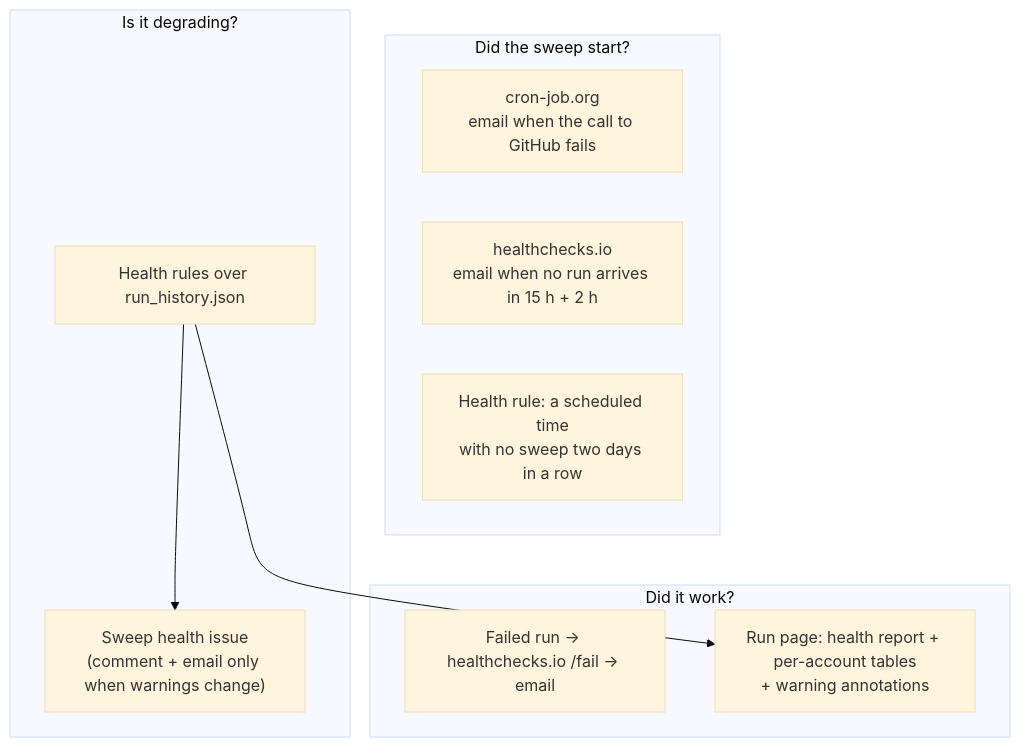
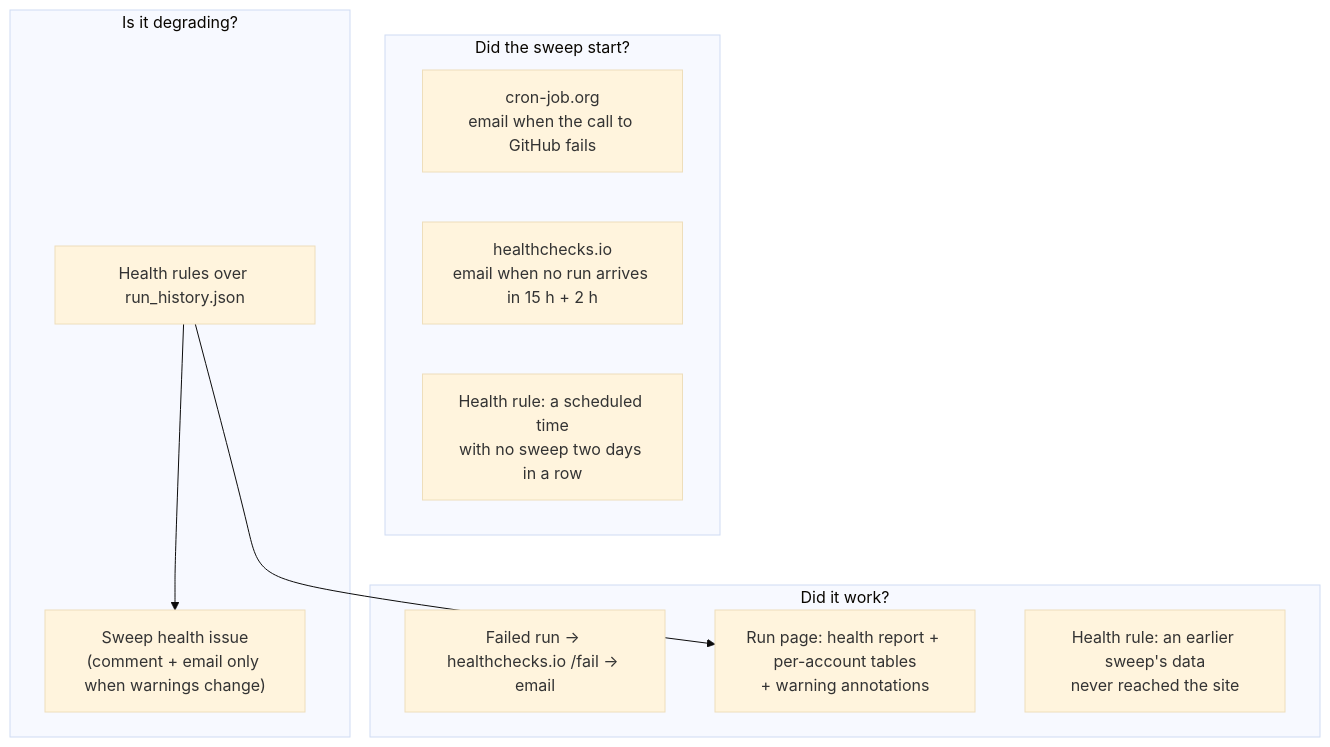
One commit to pa-bailar/backend changed the eighth of 12 diagrams in docs/ARCHITECTURE.md. Above: the diagram before and after it, drawn with Mermaid (base theme). The commit also changed other lines of this file and 14 other files, not shown here.

First line of the commit message:
feat(health): warn when a sweep's data never reached the site (#207)

````diff
--- a/docs/ARCHITECTURE.md
+++ b/docs/ARCHITECTURE.md
@@ -1276,18 +1282,19 @@
 ```mermaid
 flowchart TB
     subgraph Start["Did the sweep start?"]
         CJ["cron-job.org<br/>email when the call to GitHub fails"]
         HC["healthchecks.io<br/>email when no run arrives in 15 h + 2 h"]
         MS["Health rule: a scheduled time<br/>with no sweep two days in a row"]
     end
     subgraph Run["Did it work?"]
         FAIL["Failed run → healthchecks.io /fail → email"]
         SUM["Run page: health report + per-account tables<br/>+ warning annotations"]
+        PUB["Health rule: an earlier sweep's data<br/>never reached the site"]
     end
     subgraph Trend["Is it degrading?"]
         RULES["Health rules over run_history.json"]
         ISSUE["Sweep health issue<br/>(comment + email only when warnings change)"]
     end
     RULES --> ISSUE
     RULES --> SUM
 ```
````
